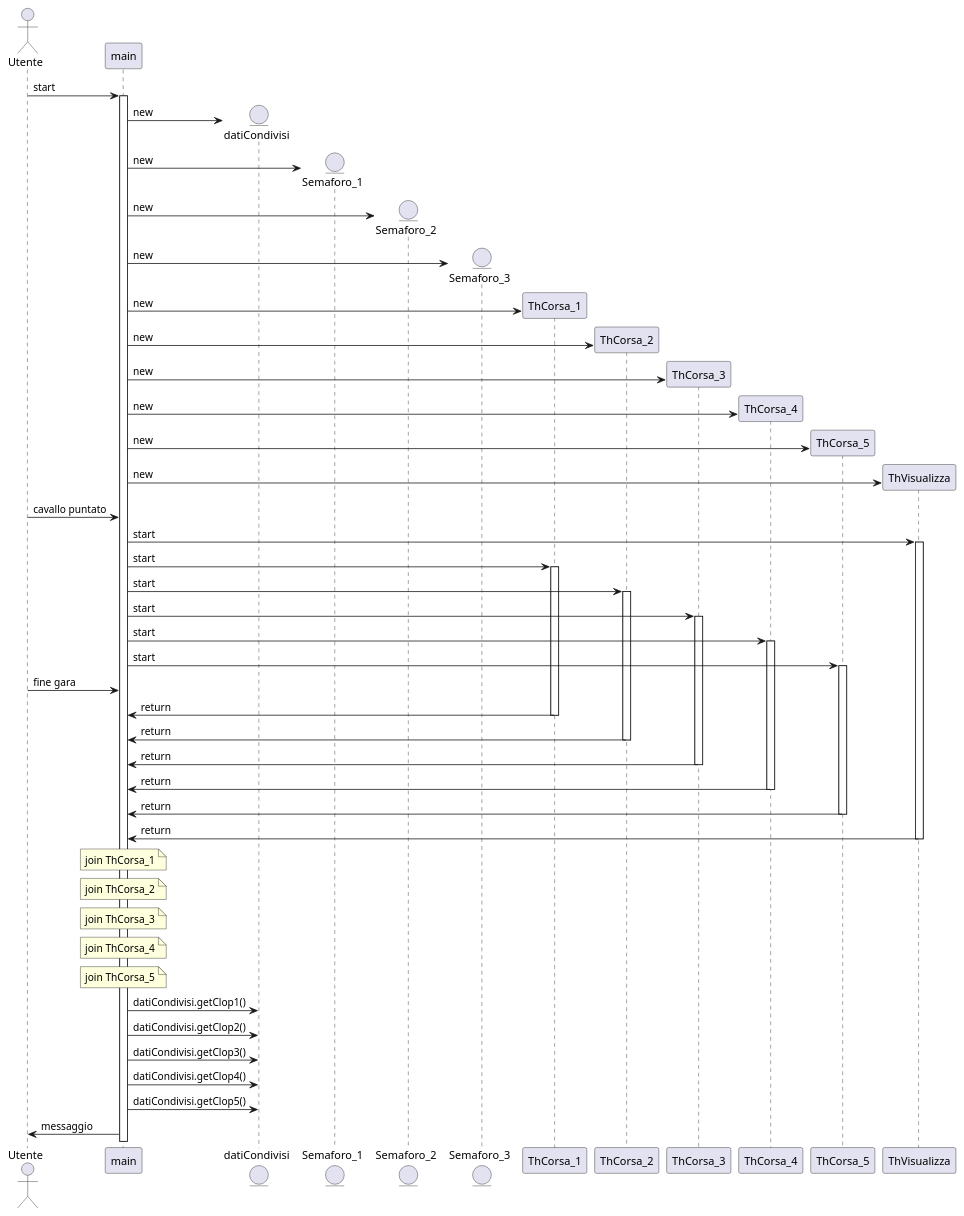
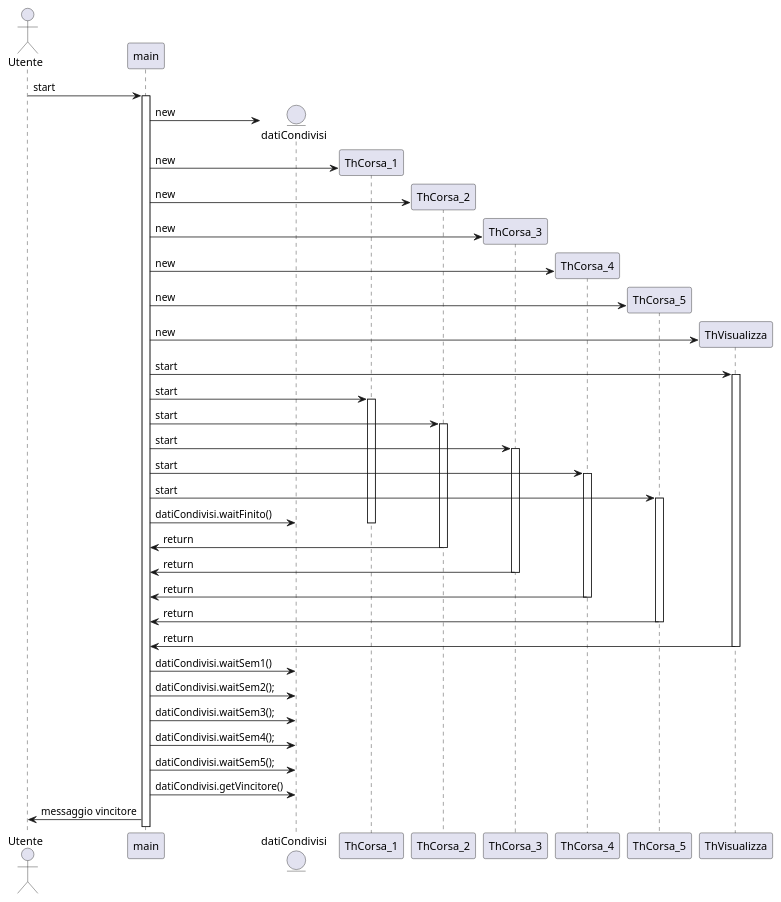
One commit to Francesco-Galimberti/CorsaCavalli changed the diagram in CorsaCavalli/src/corsacavalli/diagrammaSequenza.puml. Above: the diagram before and after it, drawn with PlantUML. The commit also changed 1 other file, not shown here.

Commit message:
Versione 2, garaCavalli 50Step, con UML aggiornato

```diff
--- a/CorsaCavalli/src/corsacavalli/diagrammaSequenza.puml
+++ b/CorsaCavalli/src/corsacavalli/diagrammaSequenza.puml
@@ -1,60 +1,46 @@
 @startuml
 actor Utente
 participant main
 entity datiCondivisi
-entity Semaforo_1
-entity Semaforo_2
-entity Semaforo_3
 
 Utente -> main ++ : start
 
 main -> datiCondivisi ** : new
-main -> Semaforo_1 ** : new
-main -> Semaforo_2 ** : new
-main -> Semaforo_3 ** : new
 
 main -> ThCorsa_1 ** : new
 main -> ThCorsa_2 ** : new
 main -> ThCorsa_3 ** : new
 main -> ThCorsa_4 ** : new
 main -> ThCorsa_5 ** : new
 main -> ThVisualizza ** : new
 
-Utente -> main : cavallo puntato
-
 main -> ThVisualizza ++ : start
 main -> ThCorsa_1 ++ : start
 main -> ThCorsa_2 ++ : start
 main -> ThCorsa_3 ++ : start
 main -> ThCorsa_4 ++ : start
 main -> ThCorsa_5 ++ : start
 
-Utente -> main : fine gara
+main -> datiCondivisi : datiCondivisi.waitFinito()
 
-ThCorsa_1 -> main : return
 deactivate ThCorsa_1
 ThCorsa_2 -> main : return
 deactivate ThCorsa_2
 ThCorsa_3 -> main : return
 deactivate ThCorsa_3
 ThCorsa_4 -> main : return
 deactivate ThCorsa_4
 ThCorsa_5 -> main : return
 deactivate ThCorsa_5
 ThVisualizza -> main : return
 deactivate ThVisualizza
 
-note over main : join ThCorsa_1
-note over main : join ThCorsa_2
-note over main : join ThCorsa_3
-note over main : join ThCorsa_4
-note over main : join ThCorsa_5
+main -> datiCondivisi : datiCondivisi.waitSem1()
+main -> datiCondivisi : datiCondivisi.waitSem2();
+main -> datiCondivisi : datiCondivisi.waitSem3();
+main -> datiCondivisi : datiCondivisi.waitSem4();
+main -> datiCondivisi : datiCondivisi.waitSem5();
 
-main -> datiCondivisi : datiCondivisi.getClop1()
-main -> datiCondivisi : datiCondivisi.getClop2()
-main -> datiCondivisi : datiCondivisi.getClop3()
-main -> datiCondivisi : datiCondivisi.getClop4()
-main -> datiCondivisi : datiCondivisi.getClop5()
-
-main -> Utente : messaggio
+main -> datiCondivisi : datiCondivisi.getVincitore()
+main -> Utente : messaggio vincitore
 @enduml
```
